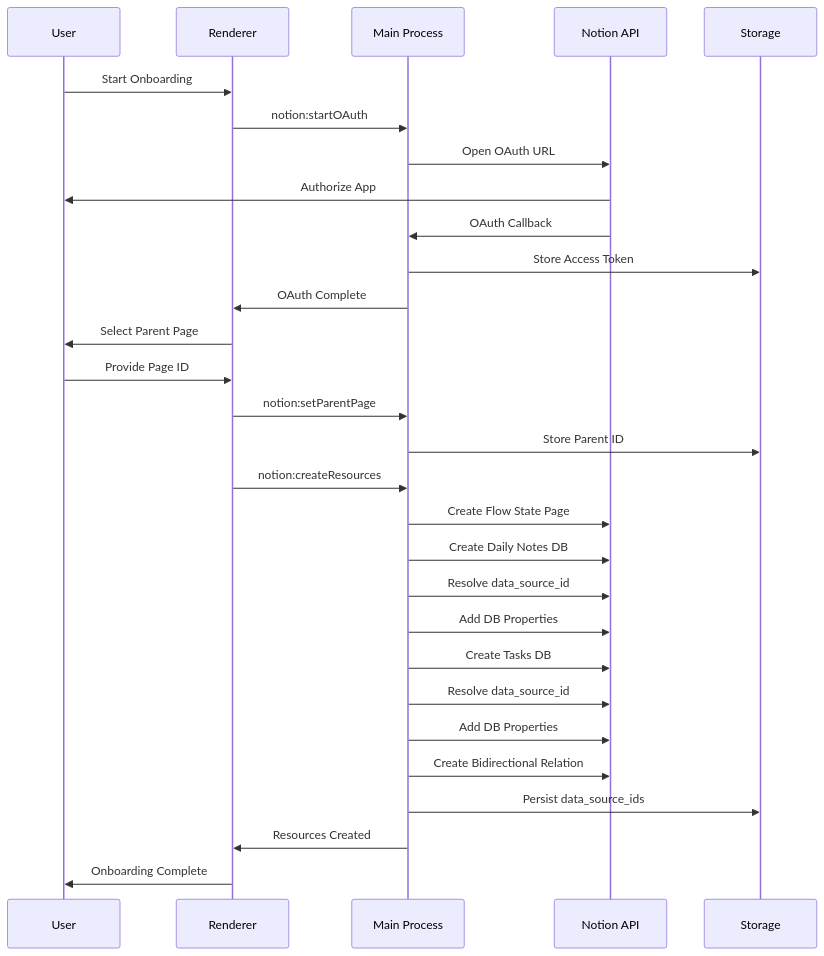
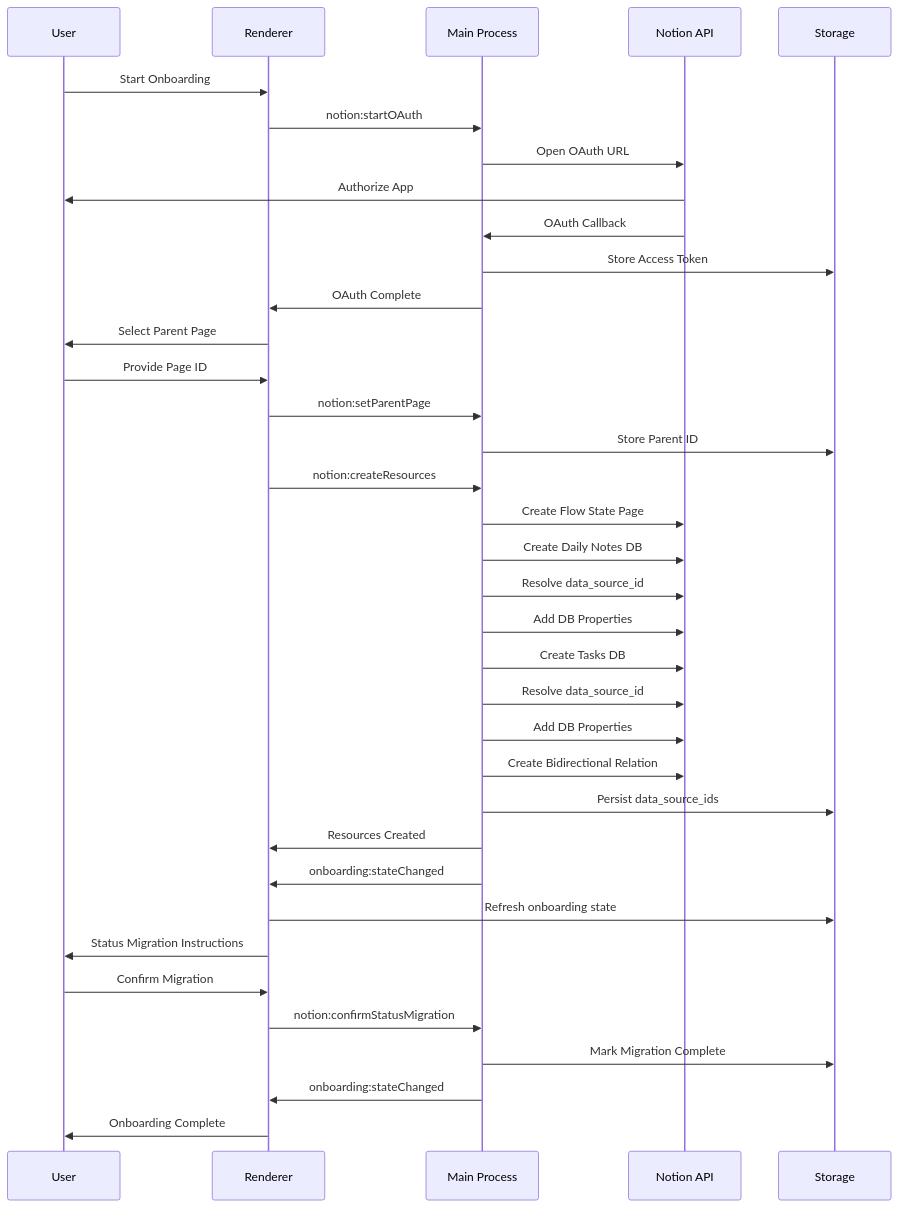
Before and after one commit to hcwiley/flwst: the second of 2 diagrams in apps/electron/ARCH.md, drawn with Mermaid. The commit also changed other lines of this file and 3 other files, not shown here.

Commit message:
doc: update after notion onboarding

````diff
--- a/apps/electron/ARCH.md
+++ b/apps/electron/ARCH.md
@@ -113,34 +117,41 @@
 ```mermaid
 sequenceDiagram
     participant U as User
     participant R as Renderer
     participant M as Main Process
     participant N as Notion API
     participant S as Storage
 
     U->>R: Start Onboarding
     R->>M: notion:startOAuth
     M->>N: Open OAuth URL
     N->>U: Authorize App
     N->>M: OAuth Callback
     M->>S: Store Access Token
     M->>R: OAuth Complete
 
     R->>U: Select Parent Page
     U->>R: Provide Page ID
     R->>M: notion:setParentPage
     M->>S: Store Parent ID
 
     R->>M: notion:createResources
     M->>N: Create Flow State Page
     M->>N: Create Daily Notes DB
     M->>N: Resolve data_source_id
     M->>N: Add DB Properties
     M->>N: Create Tasks DB
     M->>N: Resolve data_source_id
     M->>N: Add DB Properties
     M->>N: Create Bidirectional Relation
     M->>S: Persist data_source_ids
     M->>R: Resources Created
+    M->>R: onboarding:stateChanged
+    R->>S: Refresh onboarding state
+    R->>U: Status Migration Instructions
+    U->>R: Confirm Migration
+    R->>M: notion:confirmStatusMigration
+    M->>S: Mark Migration Complete
+    M->>R: onboarding:stateChanged
     R->>U: Onboarding Complete
 ```
````
